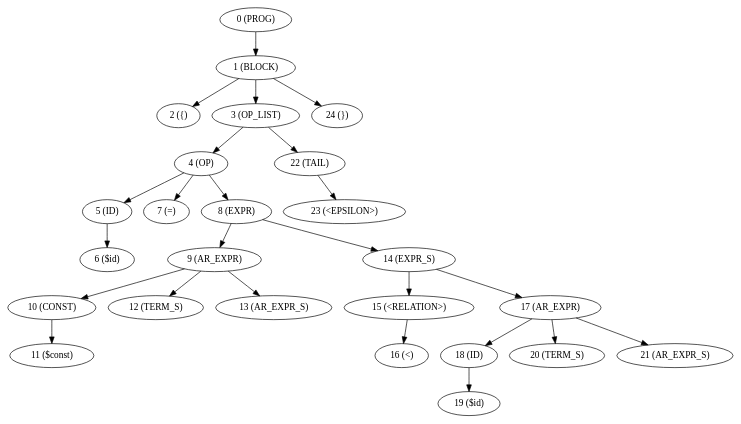
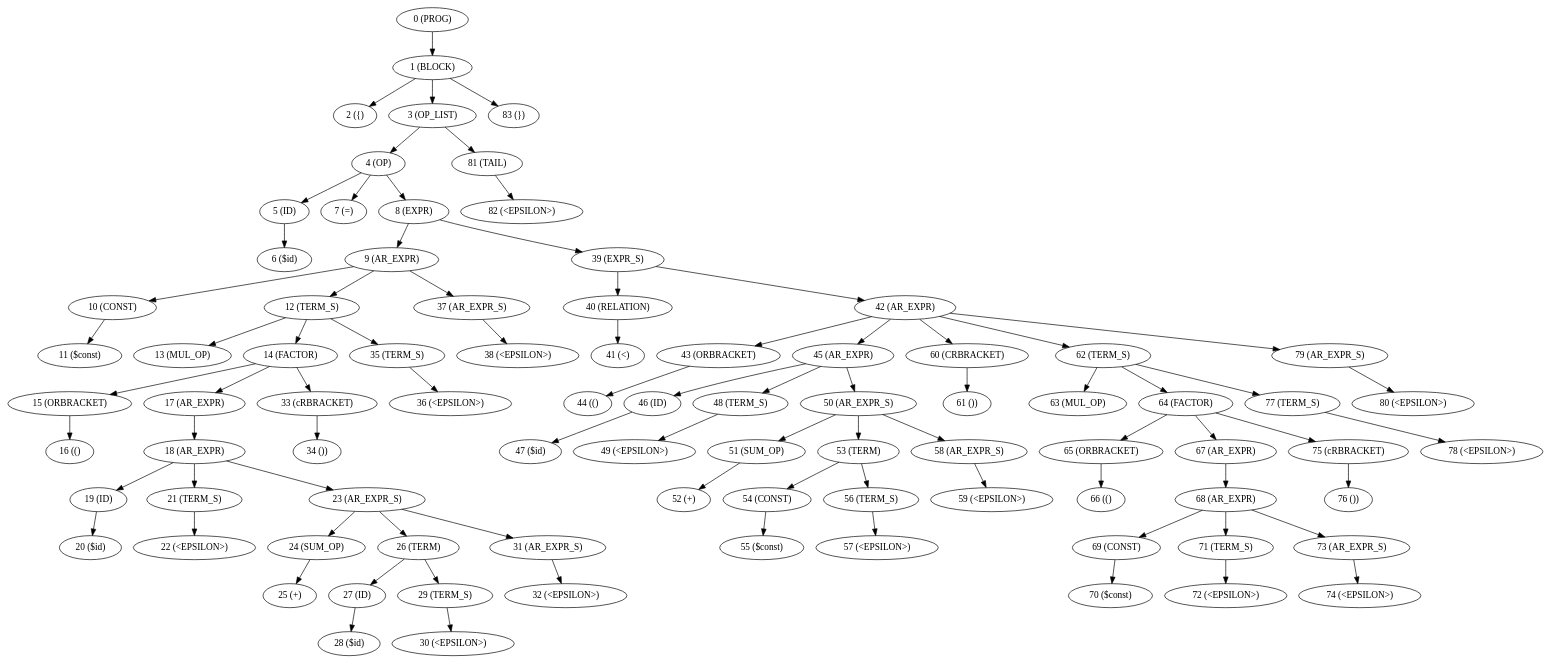
One commit to ageev-aleksey/compilers-lab3 changed the diagram in report/graph.dot. Above: the diagram before and after it, drawn with Graphviz. The commit also changed other lines of this file and 11 other files, not shown here.

```diff
--- a/report/graph.dot
+++ b/report/graph.dot
@@ -1,38 +1,119 @@
 digraph {
 "0 (PROG)" -> "1 (BLOCK)" [label=""]
 "1 (BLOCK)" -> "2 ({)" [label=""]
 "1 (BLOCK)" -> "3 (OP_LIST)" [label=""]
-"1 (BLOCK)" -> "24 (})" [label=""]
+"1 (BLOCK)" -> "83 (})" [label=""]
 "2 ({)"
 "3 (OP_LIST)" -> "4 (OP)" [label=""]
-"3 (OP_LIST)" -> "22 (TAIL)" [label=""]
+"3 (OP_LIST)" -> "81 (TAIL)" [label=""]
 "4 (OP)" -> "5 (ID)" [label=""]
 "4 (OP)" -> "7 (=)" [label=""]
 "4 (OP)" -> "8 (EXPR)" [label=""]
 "5 (ID)" -> "6 ($id)" [label=""]
 "6 ($id)"
 "7 (=)"
 "8 (EXPR)" -> "9 (AR_EXPR)" [label=""]
-"8 (EXPR)" -> "14 (EXPR_S)" [label=""]
+"8 (EXPR)" -> "39 (EXPR_S)" [label=""]
 "9 (AR_EXPR)" -> "10 (CONST)" [label=""]
 "9 (AR_EXPR)" -> "12 (TERM_S)" [label=""]
-"9 (AR_EXPR)" -> "13 (AR_EXPR_S)" [label=""]
+"9 (AR_EXPR)" -> "37 (AR_EXPR_S)" [label=""]
 "10 (CONST)" -> "11 ($const)" [label=""]
 "11 ($const)"
-"12 (TERM_S)"
-"13 (AR_EXPR_S)"
-"14 (EXPR_S)" -> "15 (<RELATION>)" [label=""]
-"14 (EXPR_S)" -> "17 (AR_EXPR)" [label=""]
-"15 (<RELATION>)" -> "16 (<)" [label=""]
-"16 (<)"
-"17 (AR_EXPR)" -> "18 (ID)" [label=""]
-"17 (AR_EXPR)" -> "20 (TERM_S)" [label=""]
-"17 (AR_EXPR)" -> "21 (AR_EXPR_S)" [label=""]
-"18 (ID)" -> "19 ($id)" [label=""]
-"19 ($id)"
-"20 (TERM_S)"
-"21 (AR_EXPR_S)"
-"22 (TAIL)" -> "23 (<EPSILON>)" [label=""]
-"23 (<EPSILON>)"
-"24 (})"
+"12 (TERM_S)" -> "13 (MUL_OP)" [label=""]
+"12 (TERM_S)" -> "14 (FACTOR)" [label=""]
+"12 (TERM_S)" -> "35 (TERM_S)" [label=""]
+"13 (MUL_OP)"
+"14 (FACTOR)" -> "15 (ORBRACKET)" [label=""]
+"14 (FACTOR)" -> "17 (AR_EXPR)" [label=""]
+"14 (FACTOR)" -> "33 (cRBRACKET)" [label=""]
+"15 (ORBRACKET)" -> "16 (()" [label=""]
+"16 (()"
+"17 (AR_EXPR)" -> "18 (AR_EXPR)" [label=""]
+"18 (AR_EXPR)" -> "19 (ID)" [label=""]
+"18 (AR_EXPR)" -> "21 (TERM_S)" [label=""]
+"18 (AR_EXPR)" -> "23 (AR_EXPR_S)" [label=""]
+"19 (ID)" -> "20 ($id)" [label=""]
+"20 ($id)"
+"21 (TERM_S)" -> "22 (<EPSILON>)" [label=""]
+"22 (<EPSILON>)"
+"23 (AR_EXPR_S)" -> "24 (SUM_OP)" [label=""]
+"23 (AR_EXPR_S)" -> "26 (TERM)" [label=""]
+"23 (AR_EXPR_S)" -> "31 (AR_EXPR_S)" [label=""]
+"24 (SUM_OP)" -> "25 (+)" [label=""]
+"25 (+)"
+"26 (TERM)" -> "27 (ID)" [label=""]
+"26 (TERM)" -> "29 (TERM_S)" [label=""]
+"27 (ID)" -> "28 ($id)" [label=""]
+"28 ($id)"
+"29 (TERM_S)" -> "30 (<EPSILON>)" [label=""]
+"30 (<EPSILON>)"
+"31 (AR_EXPR_S)" -> "32 (<EPSILON>)" [label=""]
+"32 (<EPSILON>)"
+"33 (cRBRACKET)" -> "34 ())" [label=""]
+"34 ())"
+"35 (TERM_S)" -> "36 (<EPSILON>)" [label=""]
+"36 (<EPSILON>)"
+"37 (AR_EXPR_S)" -> "38 (<EPSILON>)" [label=""]
+"38 (<EPSILON>)"
+"39 (EXPR_S)" -> "40 (RELATION)" [label=""]
+"39 (EXPR_S)" -> "42 (AR_EXPR)" [label=""]
+"40 (RELATION)" -> "41 (<)" [label=""]
+"41 (<)"
+"42 (AR_EXPR)" -> "43 (ORBRACKET)" [label=""]
+"42 (AR_EXPR)" -> "45 (AR_EXPR)" [label=""]
+"42 (AR_EXPR)" -> "60 (CRBRACKET)" [label=""]
+"42 (AR_EXPR)" -> "62 (TERM_S)" [label=""]
+"42 (AR_EXPR)" -> "79 (AR_EXPR_S)" [label=""]
+"43 (ORBRACKET)" -> "44 (()" [label=""]
+"44 (()"
+"45 (AR_EXPR)" -> "46 (ID)" [label=""]
+"45 (AR_EXPR)" -> "48 (TERM_S)" [label=""]
+"45 (AR_EXPR)" -> "50 (AR_EXPR_S)" [label=""]
+"46 (ID)" -> "47 ($id)" [label=""]
+"47 ($id)"
+"48 (TERM_S)" -> "49 (<EPSILON>)" [label=""]
+"49 (<EPSILON>)"
+"50 (AR_EXPR_S)" -> "51 (SUM_OP)" [label=""]
+"50 (AR_EXPR_S)" -> "53 (TERM)" [label=""]
+"50 (AR_EXPR_S)" -> "58 (AR_EXPR_S)" [label=""]
+"51 (SUM_OP)" -> "52 (+)" [label=""]
+"52 (+)"
+"53 (TERM)" -> "54 (CONST)" [label=""]
+"53 (TERM)" -> "56 (TERM_S)" [label=""]
+"54 (CONST)" -> "55 ($const)" [label=""]
+"55 ($const)"
+"56 (TERM_S)" -> "57 (<EPSILON>)" [label=""]
+"57 (<EPSILON>)"
+"58 (AR_EXPR_S)" -> "59 (<EPSILON>)" [label=""]
+"59 (<EPSILON>)"
+"60 (CRBRACKET)" -> "61 ())" [label=""]
+"61 ())"
+"62 (TERM_S)" -> "63 (MUL_OP)" [label=""]
+"62 (TERM_S)" -> "64 (FACTOR)" [label=""]
+"62 (TERM_S)" -> "77 (TERM_S)" [label=""]
+"63 (MUL_OP)"
+"64 (FACTOR)" -> "65 (ORBRACKET)" [label=""]
+"64 (FACTOR)" -> "67 (AR_EXPR)" [label=""]
+"64 (FACTOR)" -> "75 (cRBRACKET)" [label=""]
+"65 (ORBRACKET)" -> "66 (()" [label=""]
+"66 (()"
+"67 (AR_EXPR)" -> "68 (AR_EXPR)" [label=""]
+"68 (AR_EXPR)" -> "69 (CONST)" [label=""]
+"68 (AR_EXPR)" -> "71 (TERM_S)" [label=""]
+"68 (AR_EXPR)" -> "73 (AR_EXPR_S)" [label=""]
+"69 (CONST)" -> "70 ($const)" [label=""]
+"70 ($const)"
+"71 (TERM_S)" -> "72 (<EPSILON>)" [label=""]
+"72 (<EPSILON>)"
+"73 (AR_EXPR_S)" -> "74 (<EPSILON>)" [label=""]
+"74 (<EPSILON>)"
+"75 (cRBRACKET)" -> "76 ())" [label=""]
+"76 ())"
+"77 (TERM_S)" -> "78 (<EPSILON>)" [label=""]
+"78 (<EPSILON>)"
+"79 (AR_EXPR_S)" -> "80 (<EPSILON>)" [label=""]
+"80 (<EPSILON>)"
+"81 (TAIL)" -> "82 (<EPSILON>)" [label=""]
+"82 (<EPSILON>)"
+"83 (})"
 }
```
